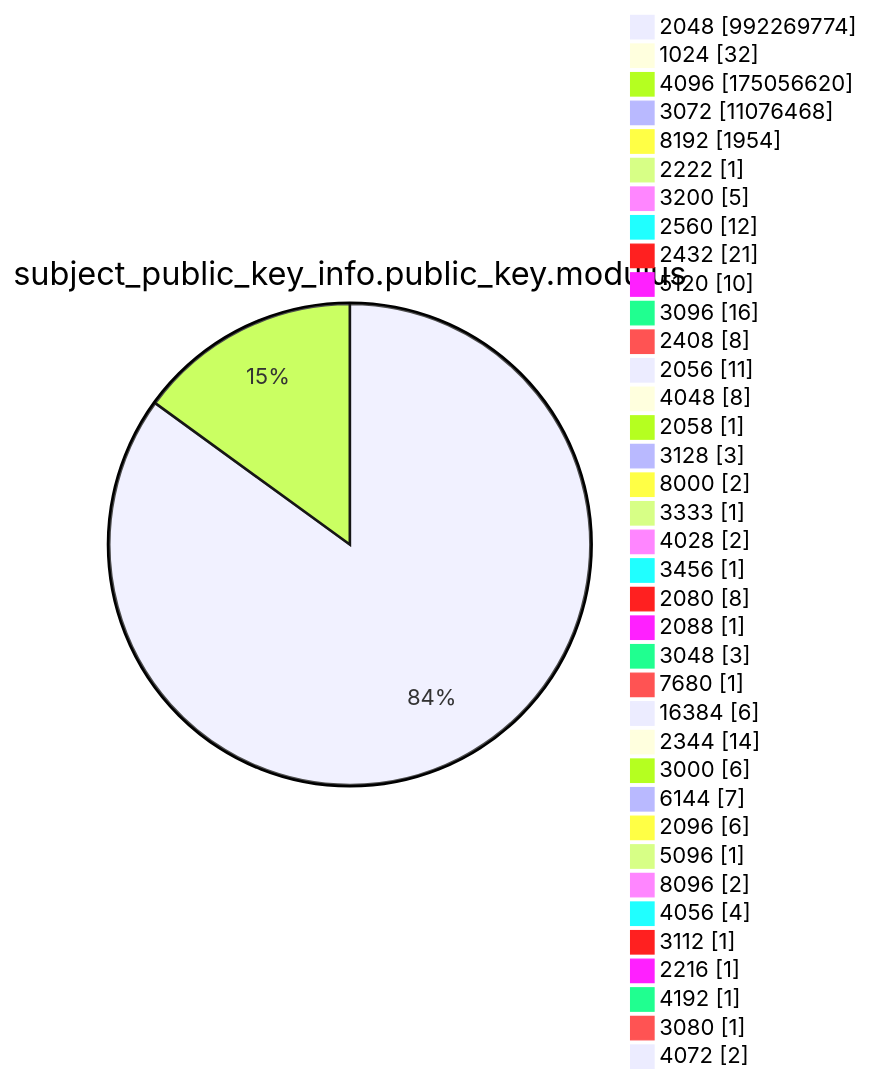
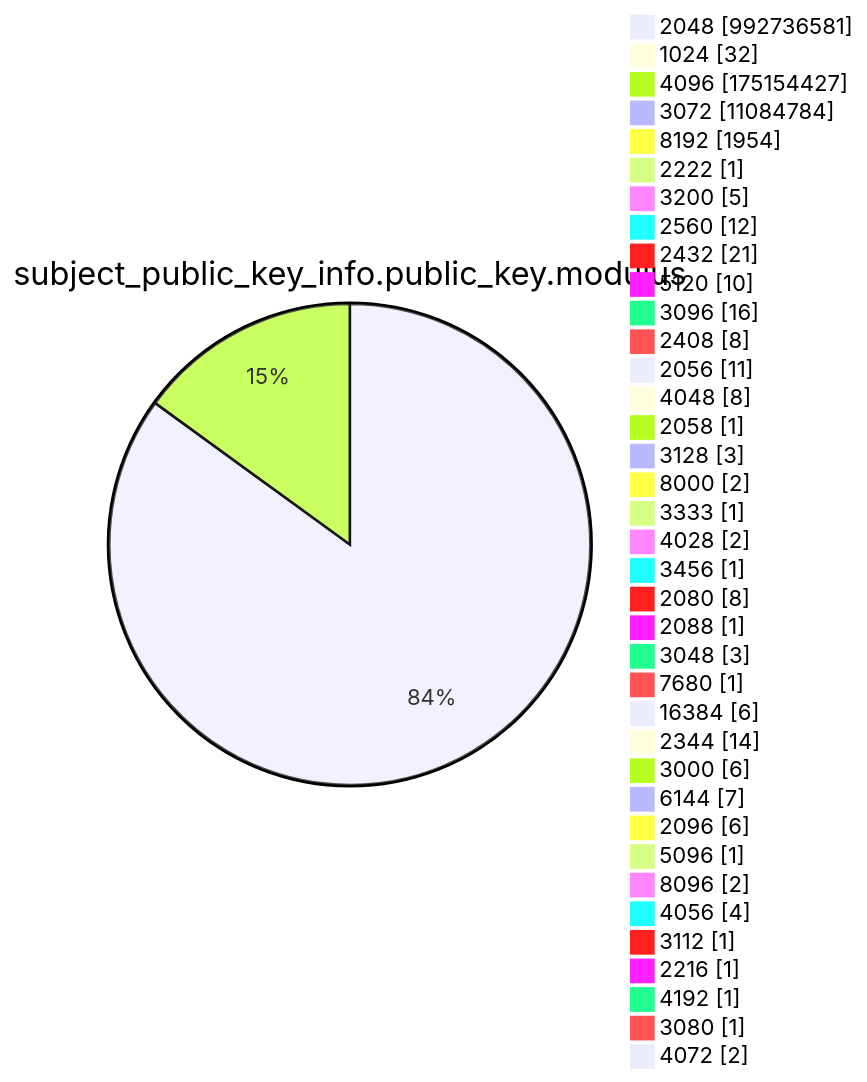
Before and after one commit to christiankrug/ctmonitor_visualization: diagram 13 of 15 in argon2022/README.md, drawn with Mermaid. The commit also changed other lines of this file, not shown here.

````diff
--- a/argon2022/README.md
+++ b/argon2022/README.md
@@ -3587,41 +3587,41 @@
 ```mermaid
 pie showData
 title subject_public_key_info.public_key.modulus
-"2048" :992269774
+"2048" :992736581
 "1024" :32
-"4096" :175056620
-"3072" :11076468
+"4096" :175154427
+"3072" :11084784
 "8192" :1954
 "2222" :1
 "3200" :5
 "2560" :12
 "2432" :21
 "5120" :10
 "3096" :16
 "2408" :8
 "2056" :11
 "4048" :8
 "2058" :1
 "3128" :3
 "8000" :2
 "3333" :1
 "4028" :2
 "3456" :1
 "2080" :8
 "2088" :1
 "3048" :3
 "7680" :1
 "16384" :6
 "2344" :14
 "3000" :6
 "6144" :7
 "2096" :6
 "5096" :1
 "8096" :2
 "4056" :4
 "3112" :1
 "2216" :1
 "4192" :1
 "3080" :1
 "4072" :2
 ```
````
